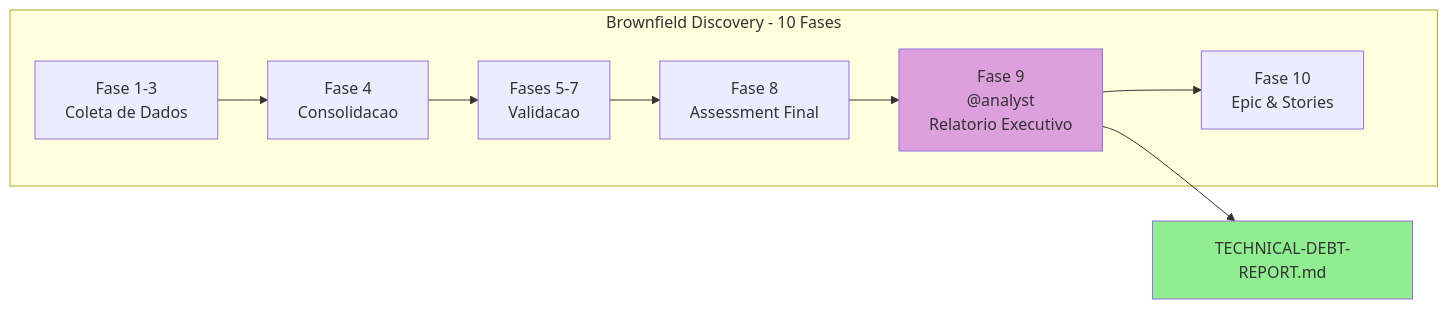
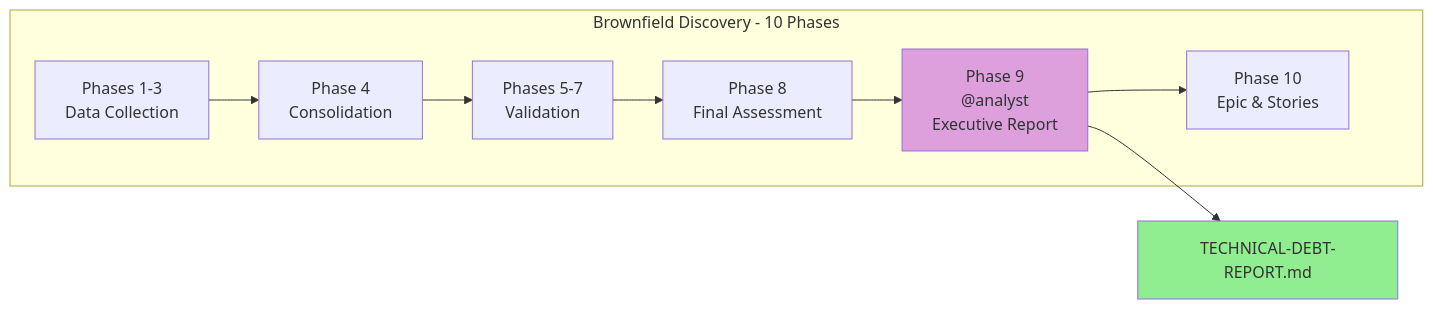
Before and after one commit to CyryxLabs/AEXOS: the fifth of 5 diagrams in docs/aexos-agent-flows/analyst-system.md, drawn with Mermaid. The commit also changed other lines of this file and 528 other files, not shown here.

````diff
--- a/docs/aexos-agent-flows/analyst-system.md
+++ b/docs/aexos-agent-flows/analyst-system.md
@@ -298,22 +298,22 @@
 ```mermaid
 flowchart LR
-    subgraph PHASES["Brownfield Discovery - 10 Fases"]
-        P1["Fase 1-3<br/>Coleta de Dados"]
-        P4["Fase 4<br/>Consolidacao"]
-        P5_7["Fases 5-7<br/>Validacao"]
-        P8["Fase 8<br/>Assessment Final"]
-        P9["Fase 9<br/>@analyst<br/>Relatorio Executivo"]
-        P10["Fase 10<br/>Epic & Stories"]
+    subgraph PHASES["Brownfield Discovery - 10 Phases"]
+        P1["Phases 1-3<br/>Data Collection"]
+        P4["Phase 4<br/>Consolidation"]
+        P5_7["Phases 5-7<br/>Validation"]
+        P8["Phase 8<br/>Final Assessment"]
+        P9["Phase 9<br/>@analyst<br/>Executive Report"]
+        P10["Phase 10<br/>Epic & Stories"]
 
         P1 --> P4
         P4 --> P5_7
         P5_7 --> P8
         P8 --> P9
         P9 --> P10
     end
 
     P9 --> EXEC_REPORT["TECHNICAL-DEBT-REPORT.md"]
 
     style P9 fill:#DDA0DD
     style EXEC_REPORT fill:#90EE90
 ```
````
